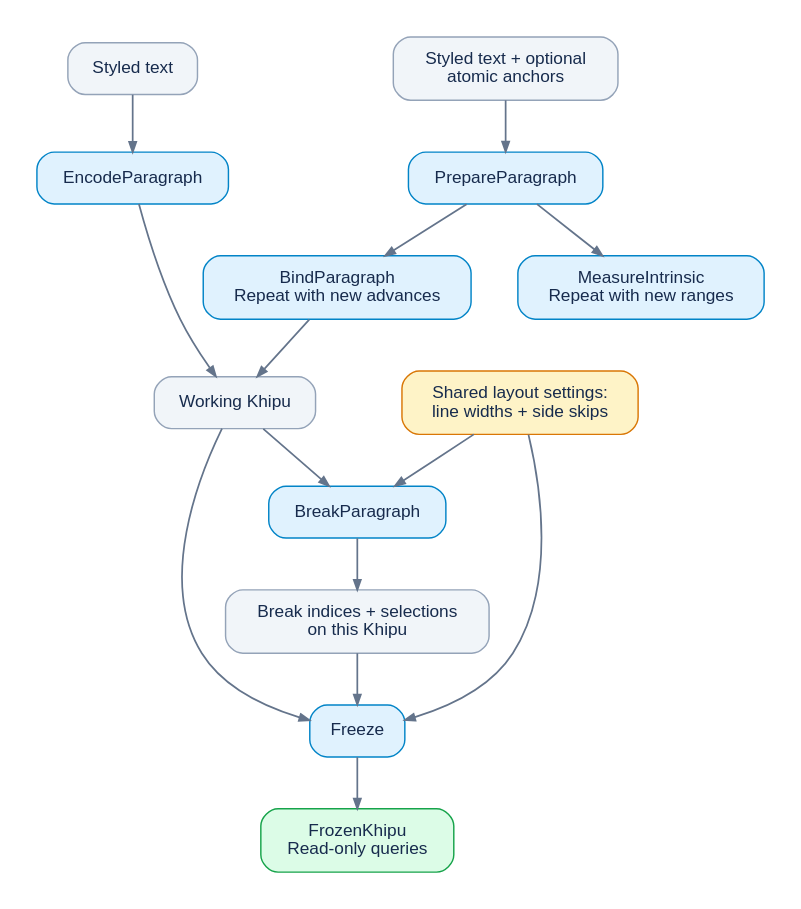
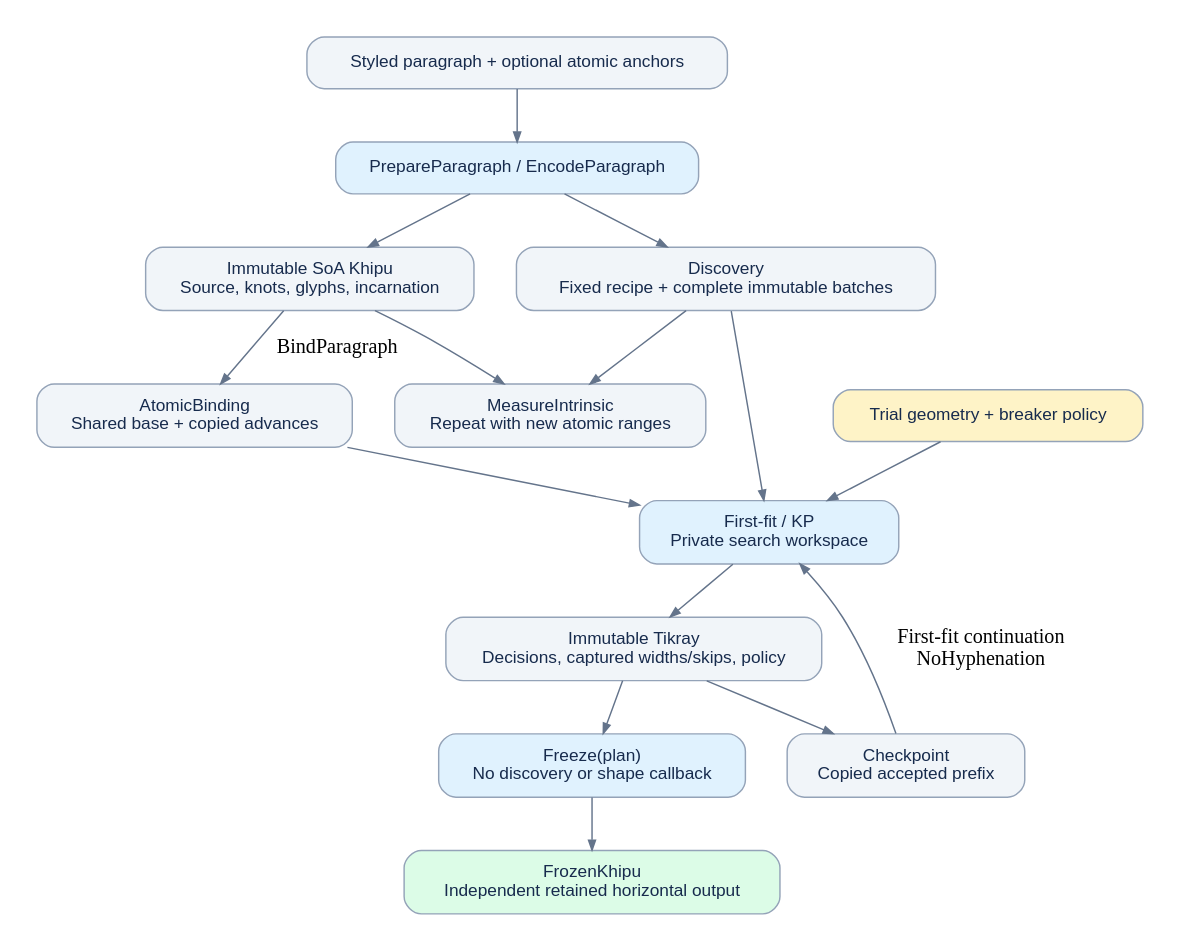
Before and after one commit to npillmayer/khipu: the diagram in doc/diagrams/public-lifecycle.dot, drawn with Graphviz. The commit also changed 145 other files, not shown here.

Commit message:
First PR of `Khipu` refactoring for page-layout

```diff
--- a/doc/diagrams/public-lifecycle.dot
+++ b/doc/diagrams/public-lifecycle.dot
@@ -1,54 +1,32 @@
-// Regenerate from the repository root:
-// dot -Tsvg doc/diagrams/public-lifecycle.dot -o doc/diagrams/public-lifecycle.svg
+// Regenerate: dot -Tsvg doc/diagrams/public-lifecycle.dot -o doc/diagrams/public-lifecycle.svg
 digraph PublicLifecycle {
-    graph [
-        rankdir=TB,
-        bgcolor="white",
-        pad=0.25,
-        nodesep=0.45,
-        ranksep=0.50,
-        fontname="Helvetica"
-    ];
-    node [
-        shape=box,
-        style="rounded,filled",
-        fillcolor="#f1f5f9",
-        color="#94a3b8",
-        fontcolor="#172b4d",
-        fontname="Helvetica",
-        fontsize=12,
-        margin="0.18,0.12"
-    ];
-    edge [color="#64748b", arrowsize=0.7, penwidth=1.2];
-
-    text [label="Styled text"];
-    mixed [label="Styled text + optional\natomic anchors"];
-    encode [label="EncodeParagraph", fillcolor="#e0f2fe", color="#0284c7"];
-    prepare [label="PrepareParagraph", fillcolor="#e0f2fe", color="#0284c7"];
-    measure [label="MeasureIntrinsic\nRepeat with new ranges", fillcolor="#e0f2fe", color="#0284c7"];
-    bind [label="BindParagraph\nRepeat with new advances", fillcolor="#e0f2fe", color="#0284c7"];
-    working [label="Working Khipu"];
-    layout [label="Shared layout settings:\nline widths + side skips", fillcolor="#fef3c7", color="#d97706"];
-    breaker [label="BreakParagraph", fillcolor="#e0f2fe", color="#0284c7"];
-    decisions [label="Break indices + selections\non this Khipu"];
-    freeze [label="Freeze", fillcolor="#e0f2fe", color="#0284c7"];
-    frozen [label="FrozenKhipu\nRead-only queries", fillcolor="#dcfce7", color="#16a34a"];
-
-    { rank=same; text; mixed; }
-    { rank=same; encode; prepare; }
-    { rank=same; working; layout; }
-
-    text -> encode;
-    mixed -> prepare;
-    prepare -> measure;
-    prepare -> bind;
-    encode -> working;
-    bind -> working;
-    working -> breaker;
-    layout -> breaker;
-    breaker -> decisions;
-    decisions -> freeze;
-    working -> freeze;
-    layout -> freeze;
-    freeze -> frozen;
+ graph [rankdir=TB, bgcolor="white", pad=0.25, nodesep=0.4, ranksep=0.5, fontname="Helvetica"];
+ node [shape=box, style="rounded,filled", fillcolor="#f1f5f9", color="#94a3b8", fontcolor="#172b4d", fontname="Helvetica", fontsize=12, margin="0.18,0.12"];
+ edge [color="#64748b", arrowsize=0.7];
+ source [label="Styled paragraph + optional atomic anchors"];
+ prepare [label="PrepareParagraph / EncodeParagraph", fillcolor="#e0f2fe"];
+ material [label="Immutable SoA Khipu\nSource, knots, glyphs, incarnation"];
+ discovery [label="Discovery\nFixed recipe + complete immutable batches"];
+ measure [label="MeasureIntrinsic\nRepeat with new atomic ranges"];
+ binding [label="AtomicBinding\nShared base + copied advances"];
+ geometry [label="Trial geometry + breaker policy", fillcolor="#fef3c7"];
+ trial [label="First-fit / KP\nPrivate search workspace", fillcolor="#e0f2fe"];
+ plan [label="Immutable Tikray\nDecisions, captured widths/skips, policy"];
+ checkpoint [label="Checkpoint\nCopied accepted prefix"];
+ freeze [label="Freeze(plan)\nNo discovery or shape callback", fillcolor="#e0f2fe"];
+ frozen [label="FrozenKhipu\nIndependent retained horizontal output", fillcolor="#dcfce7"];
+ source -> prepare;
+ prepare -> material;
+ prepare -> discovery;
+ material -> measure;
+ discovery -> measure;
+ material -> binding [label="BindParagraph"];
+ binding -> trial;
+ discovery -> trial;
+ geometry -> trial;
+ trial -> plan;
+ plan -> checkpoint;
+ checkpoint -> trial [label="First-fit continuation\nNoHyphenation"];
+ plan -> freeze;
+ freeze -> frozen;
 }
```
